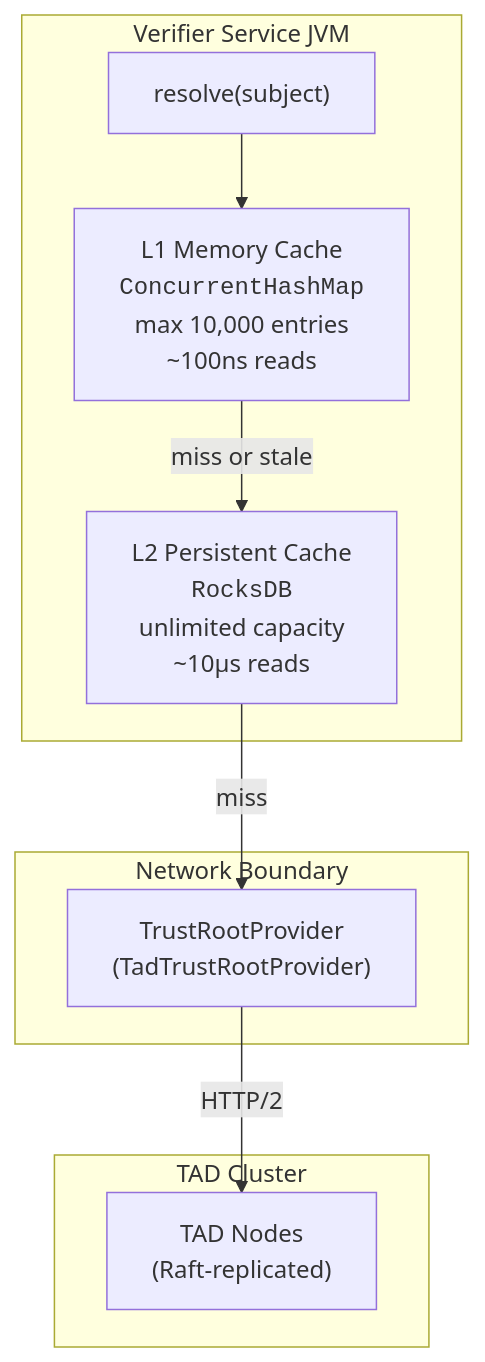
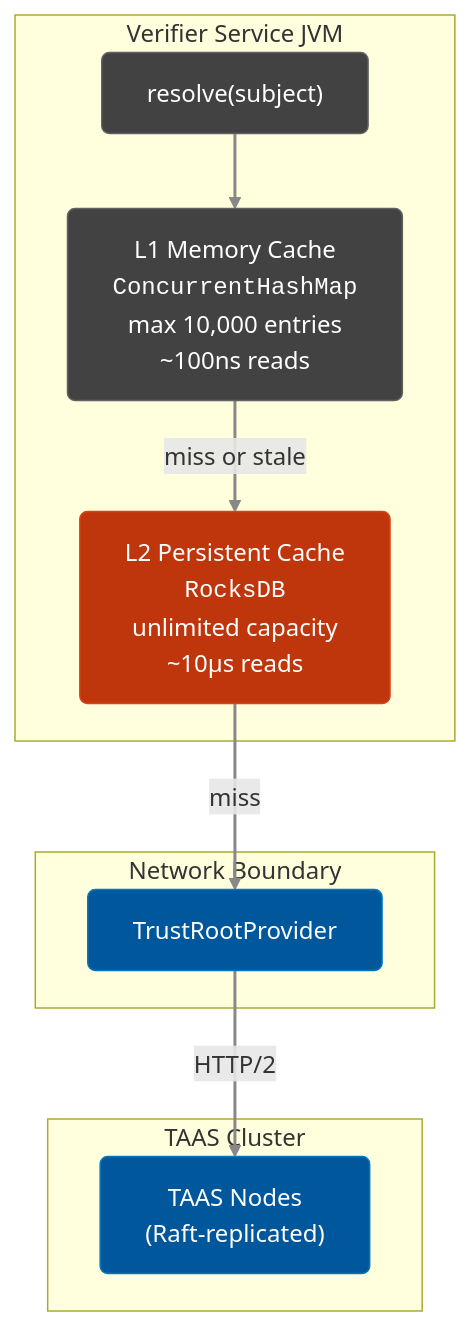
Before and after one commit to cyfko/veridot: the diagram in docs/docs/architecture/caching-trustroot.md, drawn with Mermaid. The commit also changed other lines of this file and 84 other files, not shown here.

Commit message:
docs: complete Protocol V5 documentation rewrite (including premium diagrams)

````diff
--- a/docs/docs/architecture/caching-trustroot.md
+++ b/docs/docs/architecture/caching-trustroot.md
@@ -19,22 +19,33 @@
 ```mermaid
 graph TB
+
+    %% Premium Theme
+    linkStyle default stroke:#888888,stroke-width:2px;
+    classDef default fill:#424242,stroke:#616161,stroke-width:1px,color:#fff,rx:5px,ry:5px;
+    classDef service fill:#4527a0,stroke:#5e35b1,stroke-width:1px,color:#fff,rx:5px,ry:5px;
+    classDef broker fill:#004d40,stroke:#00695c,stroke-width:1px,color:#fff,rx:5px,ry:5px;
+    classDef db fill:#bf360c,stroke:#d84315,stroke-width:1px,color:#fff,rx:5px,ry:5px;
+    classDef taas fill:#01579b,stroke:#0277bd,stroke-width:1px,color:#fff,rx:5px,ry:5px;
+
     subgraph "Verifier Service JVM"
         R["resolve(subject)"]
         L1["L1 Memory Cache<br/><code>ConcurrentHashMap</code><br/>max 10,000 entries<br/>~100ns reads"]
         L2["L2 Persistent Cache<br/><code>RocksDB</code><br/>unlimited capacity<br/>~10μs reads"]
     end
 
     subgraph "Network Boundary"
-        P["TrustRootProvider<br/>(TadTrustRootProvider)"]
+        P["TrustRootProvider"]
     end
 
-    subgraph "TAD Cluster"
-        TAD["TAD Nodes<br/>(Raft-replicated)"]
+    subgraph "TAAS Cluster"
+        TAAS["TAAS Nodes<br/>(Raft-replicated)"]
     end
 
     R --> L1
     L1 -->|"miss or stale"| L2
     L2 -->|"miss"| P
-    P -->|"HTTP/2"| TAD
+    P -->|"HTTP/2"| TAAS
+    class L2 db;
+    class TAAS,P taas;
 
 ```
````
